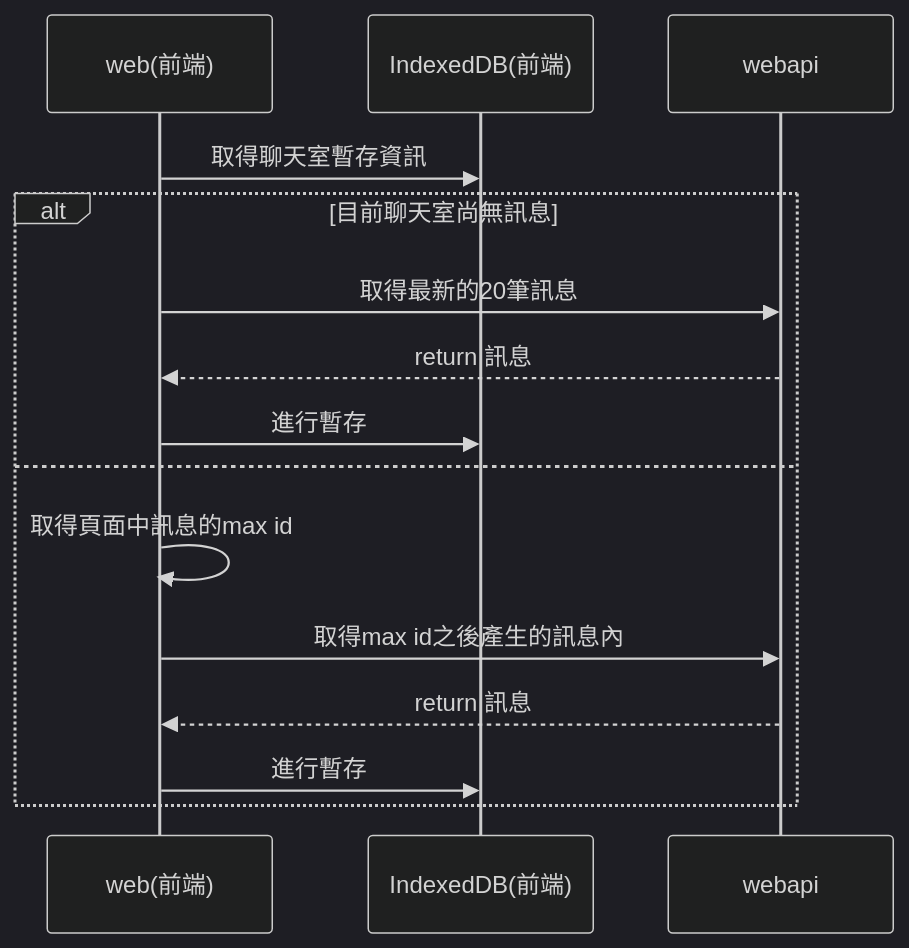
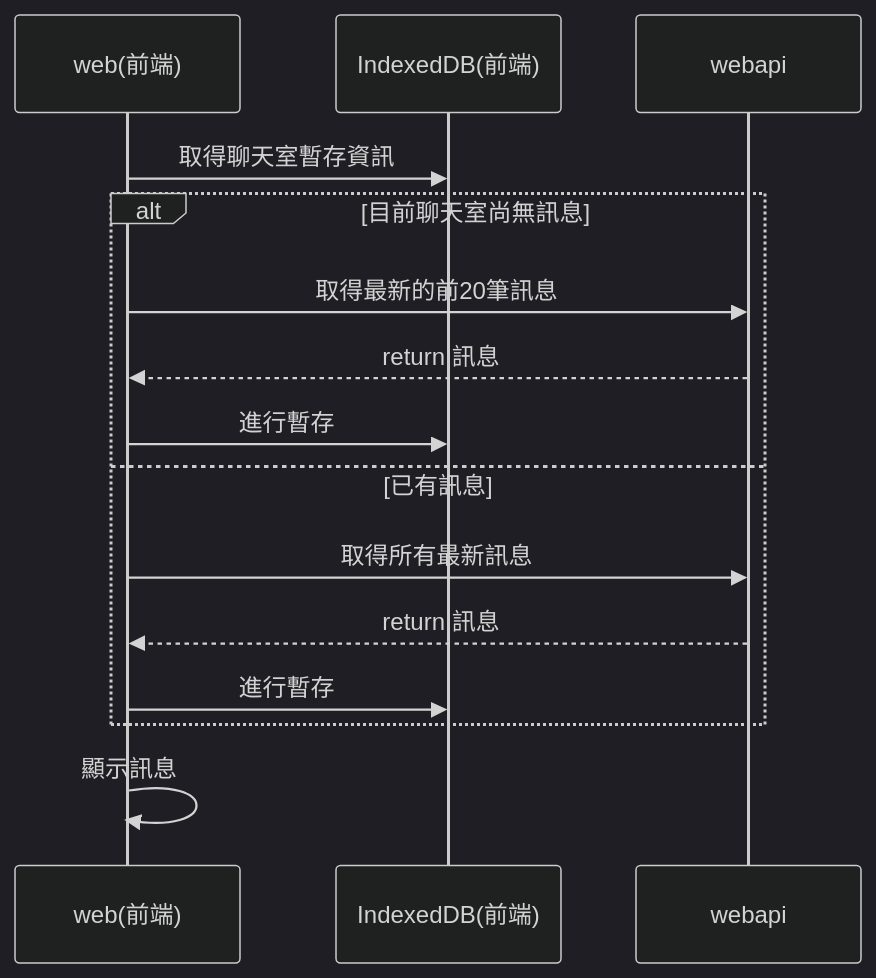
One commit to nick062333/ChatroomSample changed the second of 3 diagrams in doc/chatroom_flow.md. Above: the diagram before and after it, drawn with Mermaid (dark theme). The commit also changed other lines of this file and 1 other file, not shown here.

Commit message:
modfiy folw

````diff
--- a/doc/chatroom_flow.md
+++ b/doc/chatroom_flow.md
@@ -38,22 +38,22 @@
 ```mermaid
 sequenceDiagram
 
 participant web as web(前端)
 
 participant indexDB as IndexedDB(前端)
 
 web ->> indexDB:取得聊天室暫存資訊
 
-
 alt 目前聊天室尚無訊息
-    web ->> webapi:取得最新的20筆訊息
+    web ->> webapi:取得最新的前20筆訊息
     webapi -->> web:return 訊息
     web ->> indexDB:進行暫存
-else
-    web ->> web:取得頁面中訊息的max id
-    web ->> webapi:取得max id之後產生的訊息內
+else 已有訊息
+    web ->> webapi:取得所有最新訊息
     webapi -->> web:return 訊息
     web ->> indexDB:進行暫存
 end
 
+web ->> web:顯示訊息
+
 ```
````
